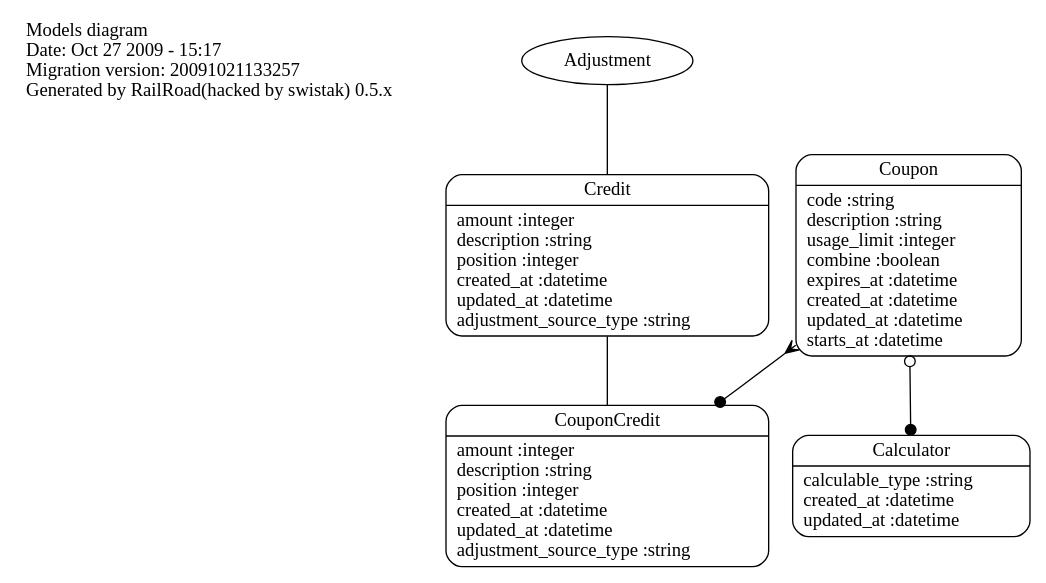
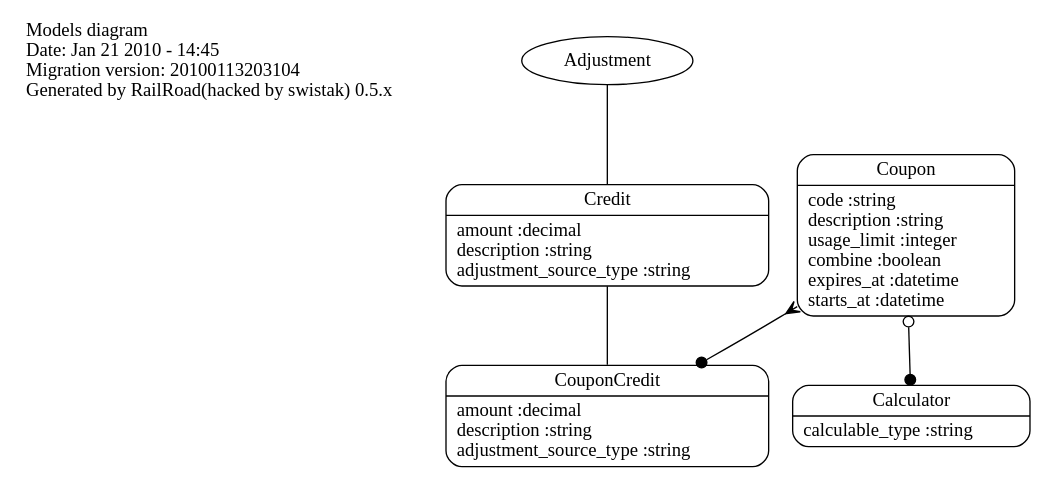
One commit to railsdog/spree-guides changed the diagram in files/diagrams/dot/coupons.dot. Above: the diagram before and after it, drawn with Graphviz. The commit also changed 16 other files, not shown here.

```diff
--- a/files/diagrams/dot/coupons.dot
+++ b/files/diagrams/dot/coupons.dot
@@ -1,12 +1,12 @@
 digraph models_diagram {
 	graph[overlap=false, splines=true]
-	_diagram_info [shape="plaintext", label="Models diagram\lDate: Oct 27 2009 - 15:17\lMigration version: 20091021133257\lGenerated by RailRoad(hacked by swistak) 0.5.x\l", fontsize=14]
-	"Coupon" [shape=Mrecord, label="{Coupon|code :string\ldescription :string\lusage_limit :integer\lcombine :boolean\lexpires_at :datetime\lcreated_at :datetime\lupdated_at :datetime\lstarts_at :datetime\l}"]
-	"CouponCredit" [shape=Mrecord, label="{CouponCredit|amount :integer\ldescription :string\lposition :integer\lcreated_at :datetime\lupdated_at :datetime\ladjustment_source_type :string\l}"]
-	"Credit" [shape=Mrecord, label="{Credit|amount :integer\ldescription :string\lposition :integer\lcreated_at :datetime\lupdated_at :datetime\ladjustment_source_type :string\l}"]
-	"Calculator" [shape=Mrecord, label="{Calculator|calculable_type :string\lcreated_at :datetime\lupdated_at :datetime\l}"]
+	_diagram_info [shape="plaintext", label="Models diagram\lDate: Jan 21 2010 - 14:45\lMigration version: 20100113203104\lGenerated by RailRoad(hacked by swistak) 0.5.x\l", fontsize=14]
+	"Coupon" [shape=Mrecord, label="{Coupon|code :string\ldescription :string\lusage_limit :integer\lcombine :boolean\lexpires_at :datetime\lstarts_at :datetime\l}"]
+	"CouponCredit" [shape=Mrecord, label="{CouponCredit|amount :decimal\ldescription :string\ladjustment_source_type :string\l}"]
+	"Credit" [shape=Mrecord, label="{Credit|amount :decimal\ldescription :string\ladjustment_source_type :string\l}"]
+	"Calculator" [shape=Mrecord, label="{Calculator|calculable_type :string\l}"]
+	"Coupon" -> "CouponCredit" [arrowtail=crow, arrowhead=dot, dir=both]
 	"Coupon" -> "Calculator" [arrowtail=odot, arrowhead=dot, dir=both]
-	"Coupon" -> "CouponCredit" [arrowtail=crow, arrowhead=dot, dir=both]
 	"Credit" -> "CouponCredit" [label="", arrowhead="none", arrowtail="onormal"]
 	"Adjustment" -> "Credit" [label="", arrowhead="none", arrowtail="onormal"]
 }
```
